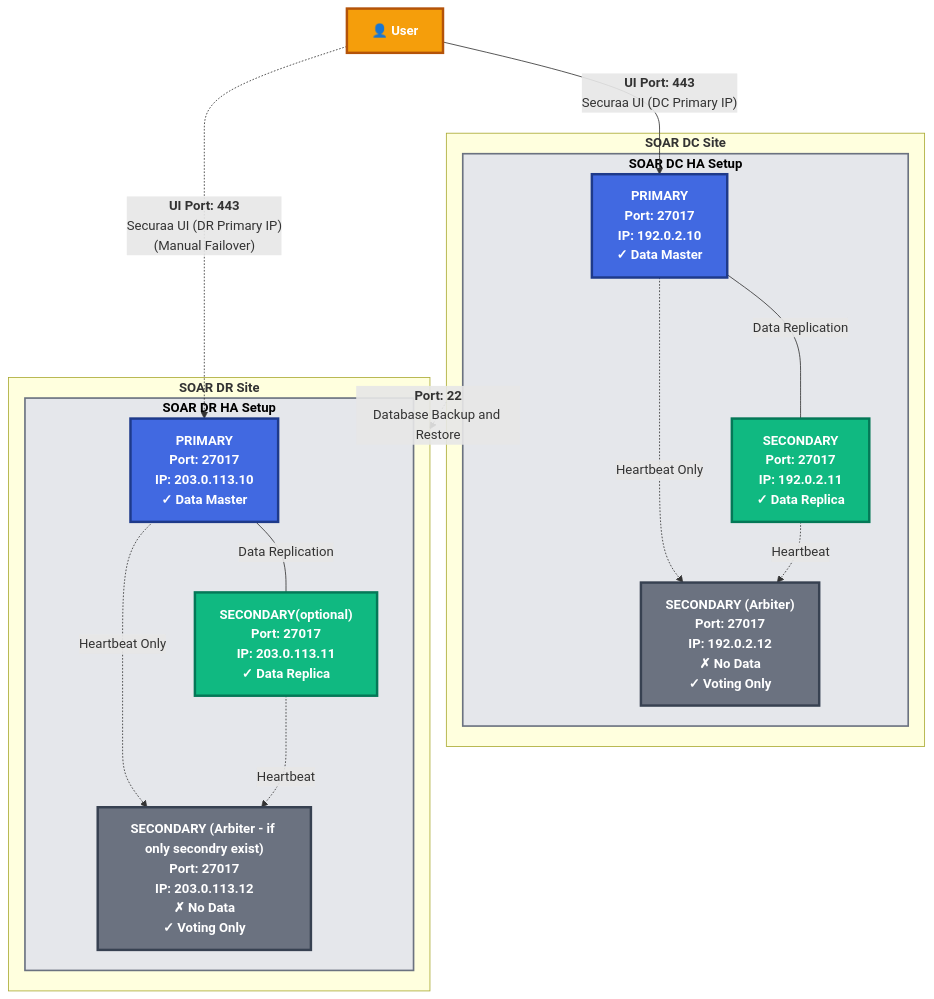
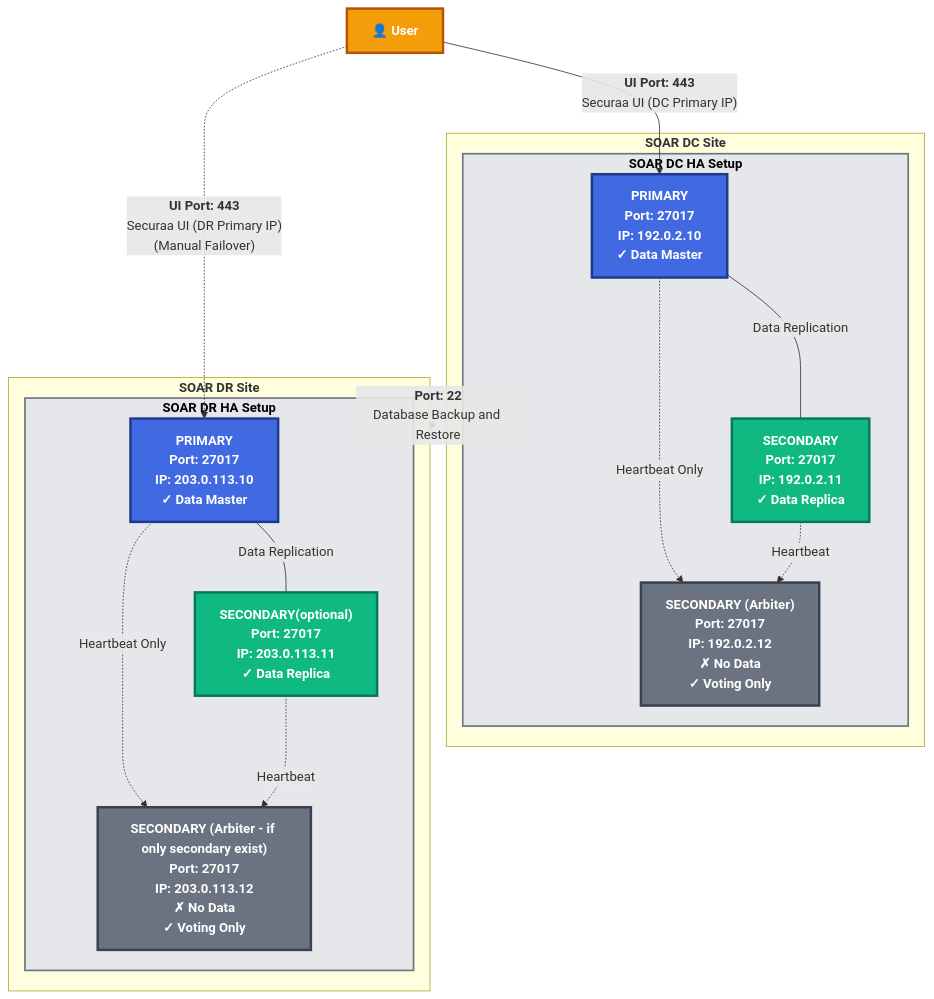
One commit to Vishwa0220/customers-docs changed the first of 12 diagrams in HA_DR_Architecture_Documentation_dt3.md. Above: the diagram before and after it, drawn with Mermaid.

````diff
--- a/HA_DR_Architecture_Documentation_dt3.md
+++ b/HA_DR_Architecture_Documentation_dt3.md
@@ -47,47 +47,47 @@
 ```mermaid
 graph TB
     subgraph DC["<b>SOAR DC Site</b>"]
         subgraph DC_HA["<b>SOAR DC HA Setup</b>"]
             DC_PRI["<b>PRIMARY</b><br/>Port: 27017<br/>IP: 192.0.2.10<br/>✓ Data Master"]
             DC_SEC1["<b>SECONDARY</b><br/>Port: 27017<br/>IP: 192.0.2.11<br/>✓ Data Replica"]
             DC_SEC2["<b>SECONDARY (Arbiter)</b><br/>Port: 27017<br/>IP: 192.0.2.12<br/>✗ No Data<br/>✓ Voting Only"]
             
             DC_PRI ---|"Data Replication"| DC_SEC1
             DC_PRI -.->|"Heartbeat Only"| DC_SEC2
             DC_SEC1 -.->|"Heartbeat"| DC_SEC2
         end
     end
 
     subgraph DR["<b>SOAR DR Site</b>"]
         subgraph DR_HA["<b>SOAR DR HA Setup</b>"]
             DR_PRI["<b>PRIMARY</b><br/>Port: 27017<br/>IP: 203.0.113.10<br/>✓ Data Master"]
             DR_SEC1["<b>SECONDARY(optional)</b><br/>Port: 27017<br/>IP: 203.0.113.11<br/>✓ Data Replica"]
-            DR_SEC2["<b>SECONDARY (Arbiter - if only secondry exist)</b><br/>Port: 27017<br/>IP: 203.0.113.12<br/>✗ No Data<br/>✓ Voting Only"]
+            DR_SEC2["<b>SECONDARY (Arbiter - if only secondary exist)</b><br/>Port: 27017<br/>IP: 203.0.113.12<br/>✗ No Data<br/>✓ Voting Only"]
             
             DR_PRI ---|"Data Replication"| DR_SEC1
             DR_PRI -.->|"Heartbeat Only"| DR_SEC2
             DR_SEC1 -.->|"Heartbeat"| DR_SEC2
         end
     end
 
     USER["<b>👤 User</b>"]
 
     %% Cross-site backup/restore
     DC -.->|"<b>Port: 22</b><br/>Database Backup and Restore"| DR
 
     %% User access
     USER -->|"<b>UI Port: 443</b><br/>Securaa UI (DC Primary IP)"| DC_PRI
     USER -.->|"<b>UI Port: 443</b><br/>Securaa UI (DR Primary IP)<br/>(Manual Failover)"| DR_PRI
 
     classDef primaryStyle fill:#4169e1,stroke:#1e3a8a,stroke-width:3px,color:#fff,font-weight:bold
     classDef secondaryStyle fill:#10b981,stroke:#047857,stroke-width:3px,color:#fff,font-weight:bold
     classDef arbiterStyle fill:#6b7280,stroke:#374151,stroke-width:3px,color:#fff,font-weight:bold
     classDef userStyle fill:#f59e0b,stroke:#b45309,stroke-width:3px,color:#fff,font-weight:bold
     classDef siteStyle fill:#e5e7eb,stroke:#6b7280,stroke-width:2px,color:#000
     
     class DC_PRI,DR_PRI primaryStyle
     class DC_SEC1,DR_SEC1 secondaryStyle
     class DC_SEC2,DR_SEC2 arbiterStyle
     class USER userStyle
     class DC_HA,DR_HA siteStyle
 ```
````
